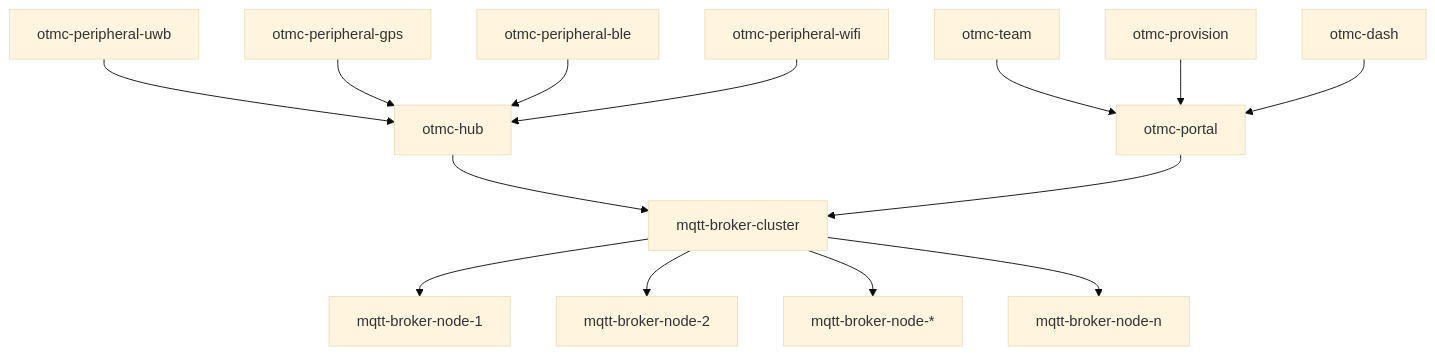
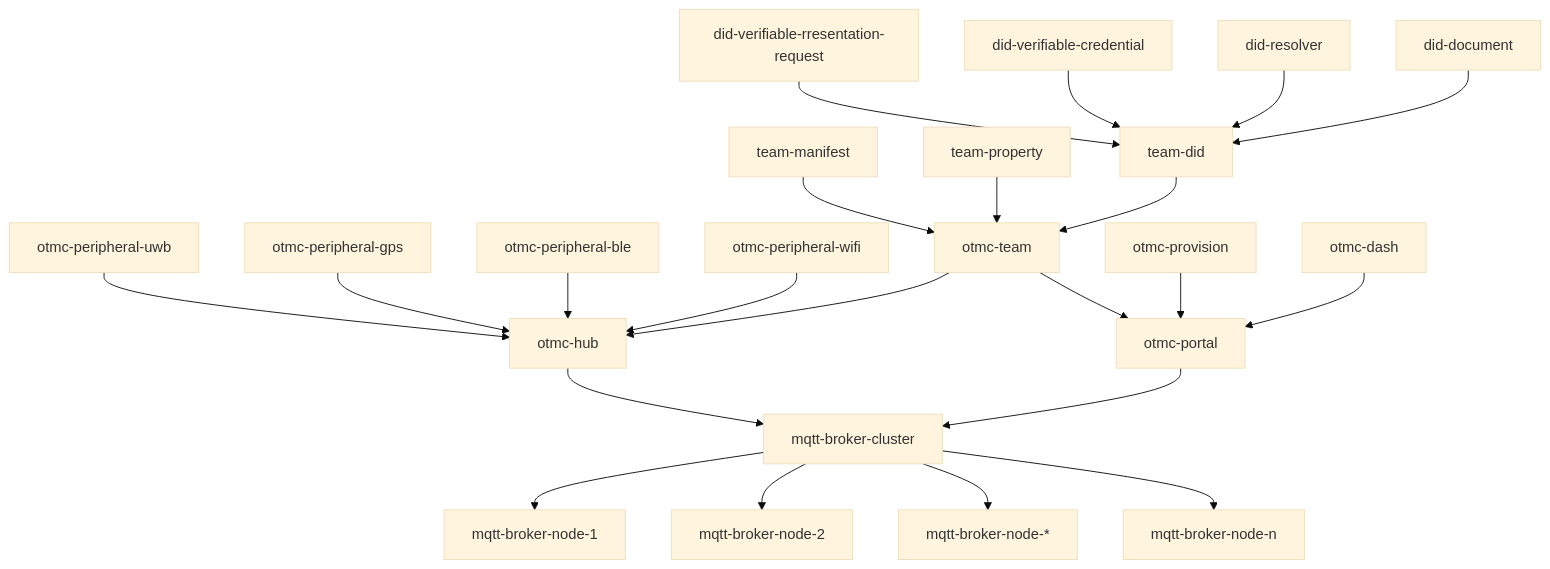
Before and after one commit to WatorVapor/otmc: the diagram in README.md, drawn with Mermaid (base theme).

````diff
--- a/README.md
+++ b/README.md
@@ -5,20 +5,32 @@
 ```mermaid
 graph TD;
     otmc-peripheral-uwb --> otmc-hub;
     otmc-peripheral-gps --> otmc-hub;
     otmc-peripheral-ble --> otmc-hub;
     otmc-peripheral-wifi --> otmc-hub;
     
+
     otmc-hub --> mqtt-broker-cluster;
     otmc-portal --> mqtt-broker-cluster;
+
+    did-verifiable-rresentation-request  --> team-did;
+    did-verifiable-credential  --> team-did;
+    did-resolver --> team-did;
+    did-document --> team-did;
     
+    team-manifest --> otmc-team;
+    team-property --> otmc-team;
+    team-did --> otmc-team;
+
     otmc-team --> otmc-portal;
+    otmc-team --> otmc-hub;
     otmc-provision --> otmc-portal;
     otmc-dash --> otmc-portal;
+
 
     mqtt-broker-cluster --> mqtt-broker-node-1;
     mqtt-broker-cluster --> mqtt-broker-node-2;
     mqtt-broker-cluster --> mqtt-broker-node-*;
     mqtt-broker-cluster --> mqtt-broker-node-n;
 
 ```
````
